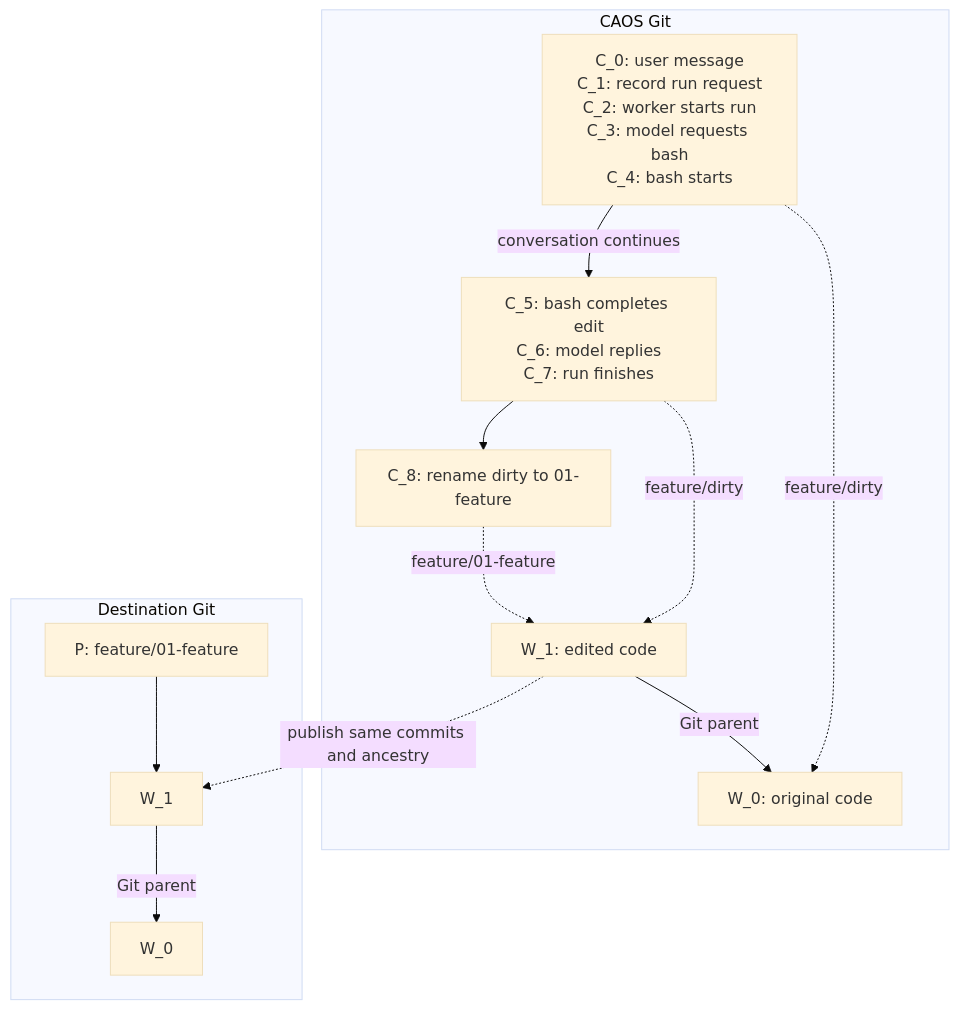
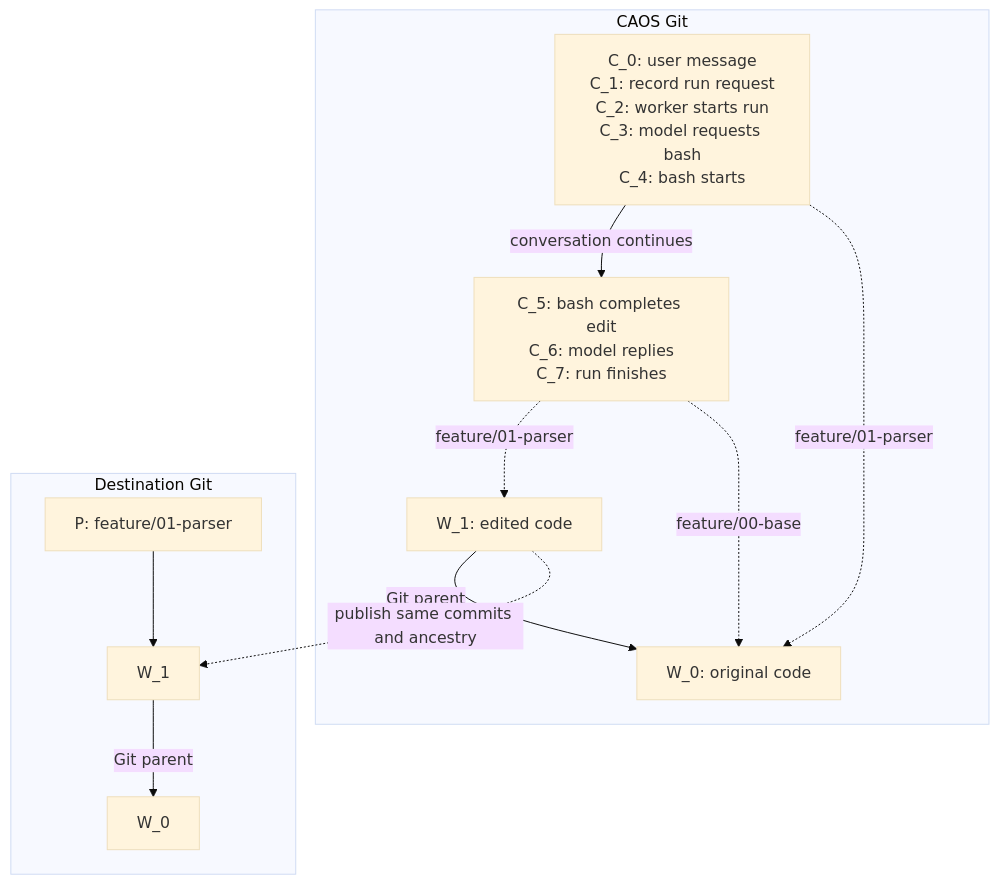
The diagram in design/chat.md (Metta-AI/caos), drawn with Mermaid (base theme) before and after one commit. The commit also changed other lines of this file and 15 other files, not shown here.

````diff
--- a/design/chat.md
+++ b/design/chat.md
@@ -23,18 +23,17 @@
 ```mermaid
 flowchart TB
     subgraph caos["CAOS Git"]
         before["C_0: user message<br/>C_1: record run request<br/>C_2: worker starts run<br/>C_3: model requests bash<br/>C_4: bash starts"]
         after["C_5: bash completes edit<br/>C_6: model replies<br/>C_7: run finishes"]
         before -->|conversation continues| after
-        before -.->|feature/dirty| W0["W_0: original code"]
-        after -.->|feature/dirty| W1["W_1: edited code"]
+        before -.->|feature/01-parser| W0["W_0: original code"]
+        after -.->|feature/01-parser| W1["W_1: edited code"]
         W1 -->|Git parent| W0
-        after --> ready["C_8: rename dirty to 01-feature"]
-        ready -.->|feature/01-feature| W1
+        after -.->|feature/00-base| W0
     end
     subgraph destination["Destination Git"]
-        P["P: feature/01-feature"] --> published1["W_1"]
+        P["P: feature/01-parser"] --> published1["W_1"]
         published1 -->|Git parent| published0["W_0"]
     end
     W1 -.->|publish same commits and ancestry| published1
 ```
````
